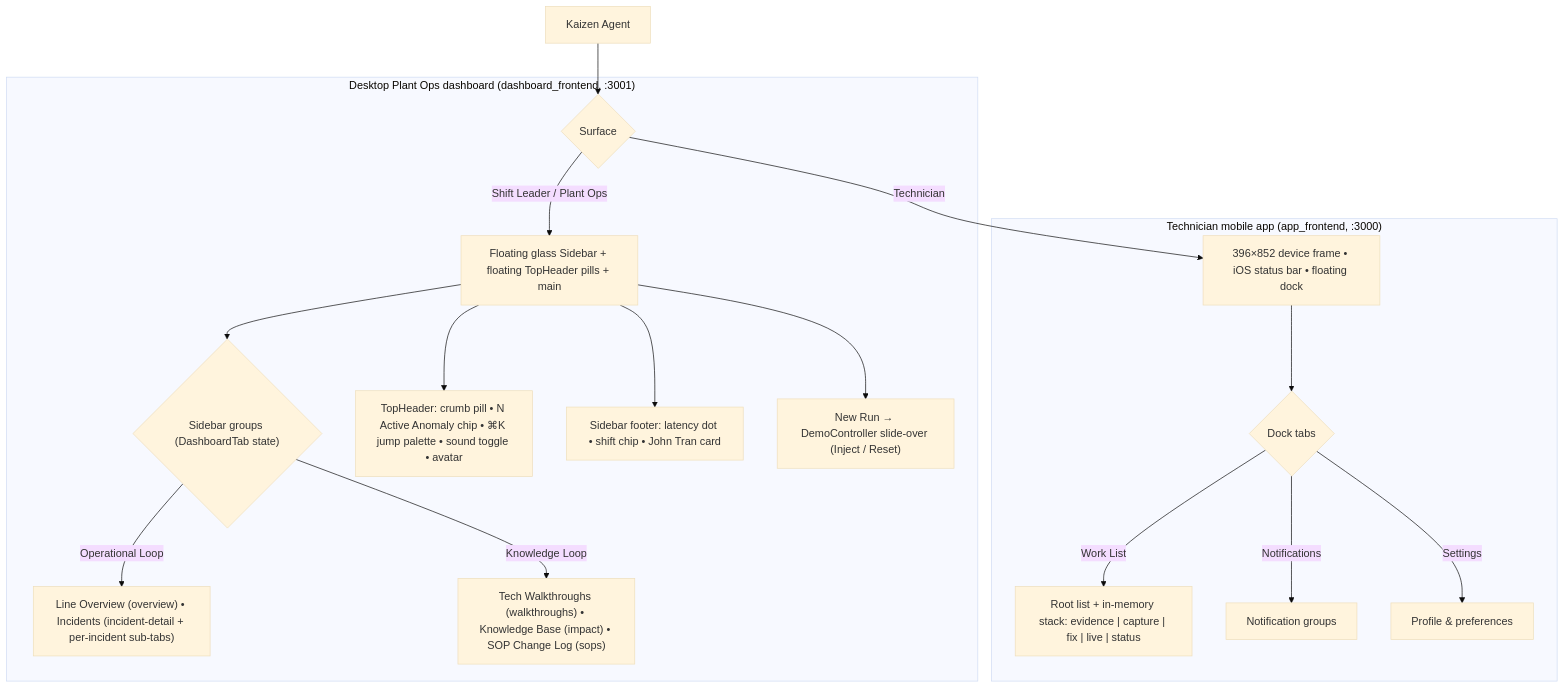
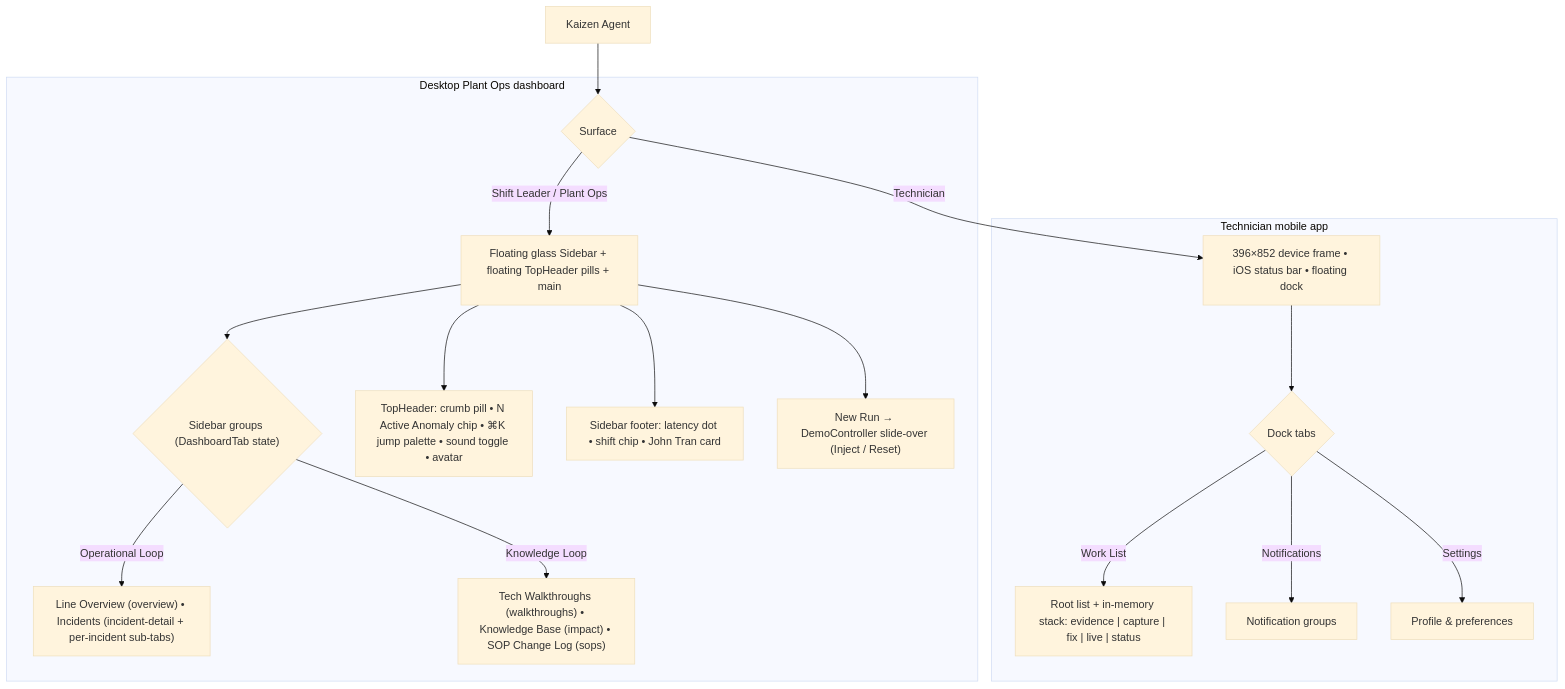
One commit to vanduc2514/hackathon-builder-cup-manufacturing-anomaly changed the diagram in docs/wireframes/00_base_layout.md. Above: the diagram before and after it, drawn with Mermaid (base theme). The commit also changed other lines of this file and 11 other files, not shown here.

````diff
--- a/docs/wireframes/00_base_layout.md
+++ b/docs/wireframes/00_base_layout.md
@@ -21,22 +20,22 @@
 ```mermaid
 flowchart TD
     A["Kaizen Agent"] --> B{"Surface"}
 
-    subgraph Desktop ["Desktop Plant Ops dashboard (dashboard_frontend, :3001)"]
+    subgraph Desktop ["Desktop Plant Ops dashboard"]
         B -->|"Shift Leader / Plant Ops"| C["Floating glass Sidebar + floating TopHeader pills + main"]
         C --> D{"Sidebar groups (DashboardTab state)"}
         D -->|"Operational Loop"| D1["Line Overview (overview) • Incidents (incident-detail + per-incident sub-tabs)"]
         D -->|"Knowledge Loop"| D2["Tech Walkthroughs (walkthroughs) • Knowledge Base (impact) • SOP Change Log (sops)"]
         C --> E["TopHeader: crumb pill • N Active Anomaly chip • ⌘K jump palette • sound toggle • avatar"]
         C --> F["Sidebar footer: latency dot • shift chip • John Tran card"]
         C --> G["New Run → DemoController slide-over (Inject / Reset)"]
     end
 
-    subgraph Mobile ["Technician mobile app (app_frontend, :3000)"]
+    subgraph Mobile ["Technician mobile app"]
         B -->|"Technician"| H["396×852 device frame • iOS status bar • floating dock"]
         H --> I{"Dock tabs"}
         I -->|"Work List"| I1["Root list + in-memory stack: evidence | capture | fix | live | status"]
         I -->|"Notifications"| I2["Notification groups"]
         I -->|"Settings"| I3["Profile & preferences"]
     end
 ```
````
